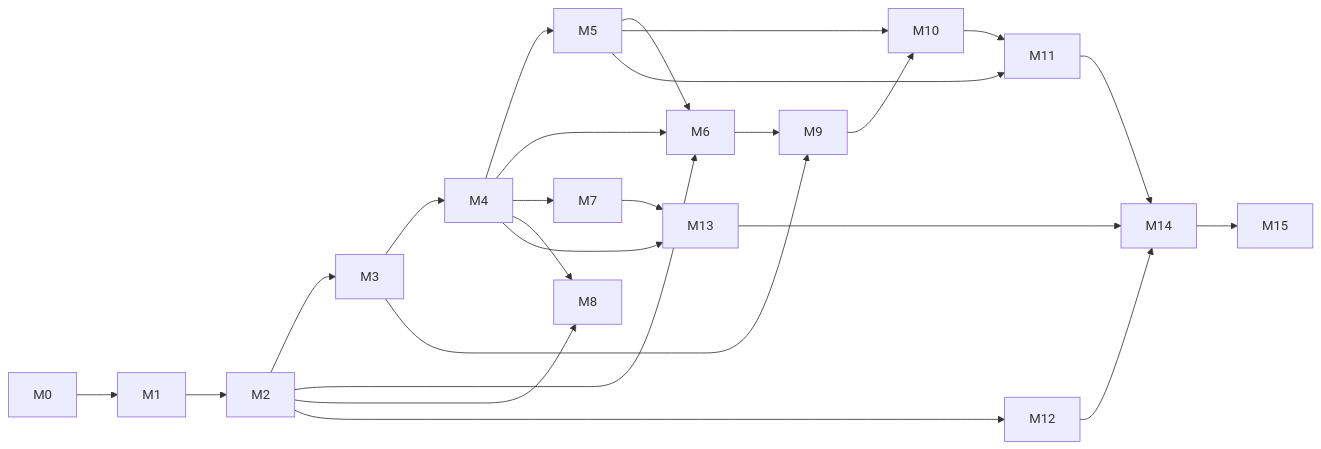
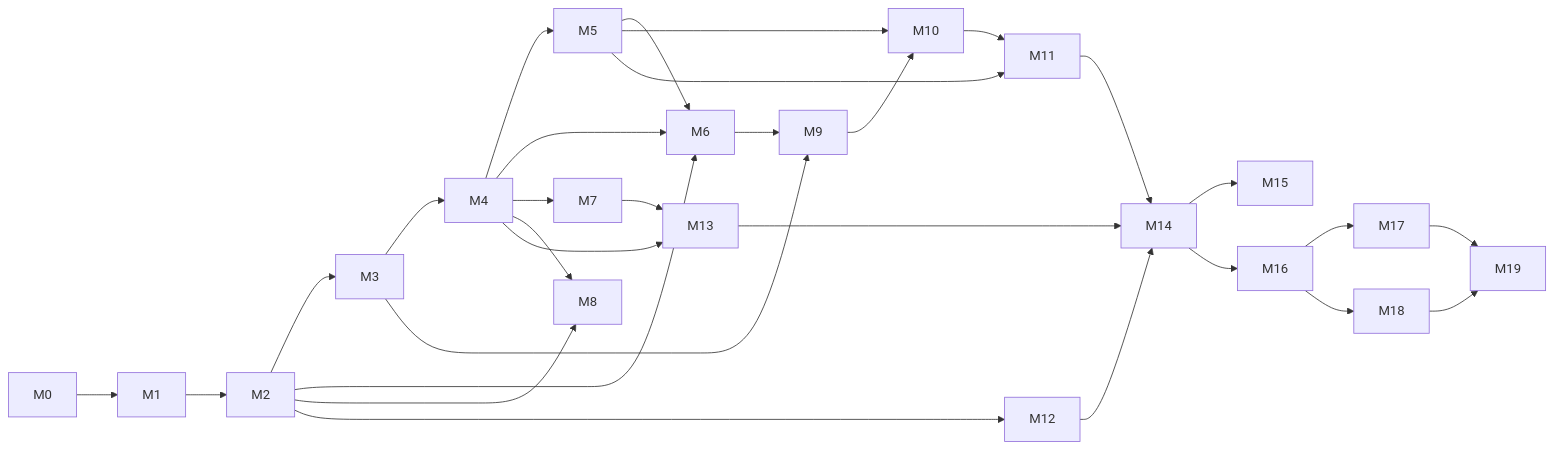
The diagram in docs/09-plan/README.md (vundavallibalakrishna/agentic-runtime), drawn with Mermaid before and after one commit. The commit also changed other lines of this file and 121 other files, not shown here.

````diff
--- a/docs/09-plan/README.md
+++ b/docs/09-plan/README.md
@@ -43,23 +47,28 @@
 ```mermaid
 flowchart LR
   M0 --> M1 --> M2 --> M3 --> M4 --> M5
   M2 --> M6
   M4 --> M6
   M5 --> M6
   M4 --> M7
   M2 --> M8
   M4 --> M8
   M3 --> M9
   M6 --> M9
   M5 --> M10
   M9 --> M10
   M5 --> M11
   M10 --> M11
   M2 --> M12
   M4 --> M13
   M7 --> M13
   M11 --> M14
   M12 --> M14
   M13 --> M14
   M14 --> M15
+  M14 --> M16
+  M16 --> M17
+  M16 --> M18
+  M17 --> M19
+  M18 --> M19
 ```
````
